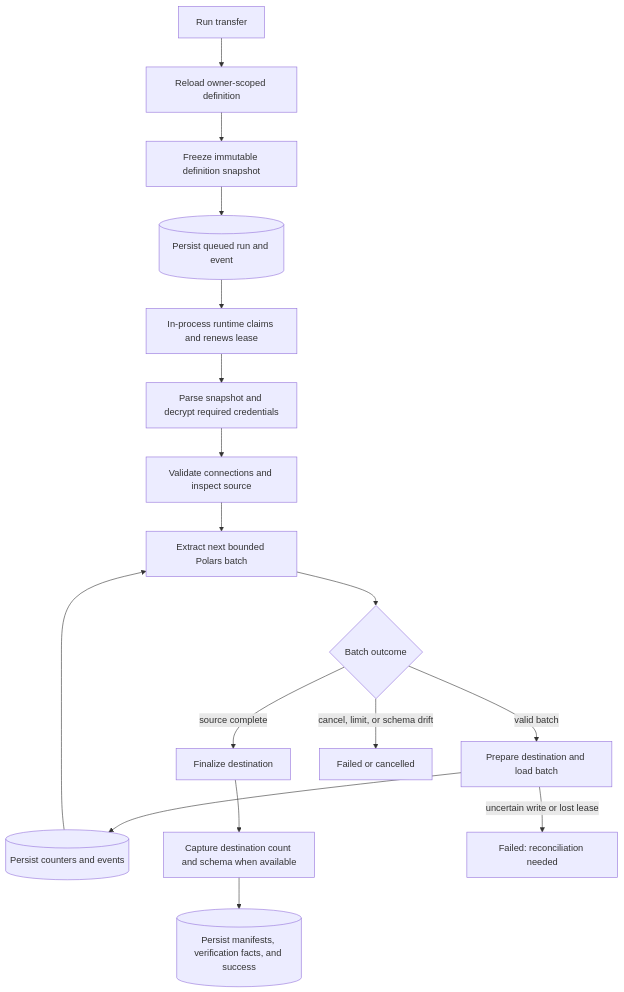
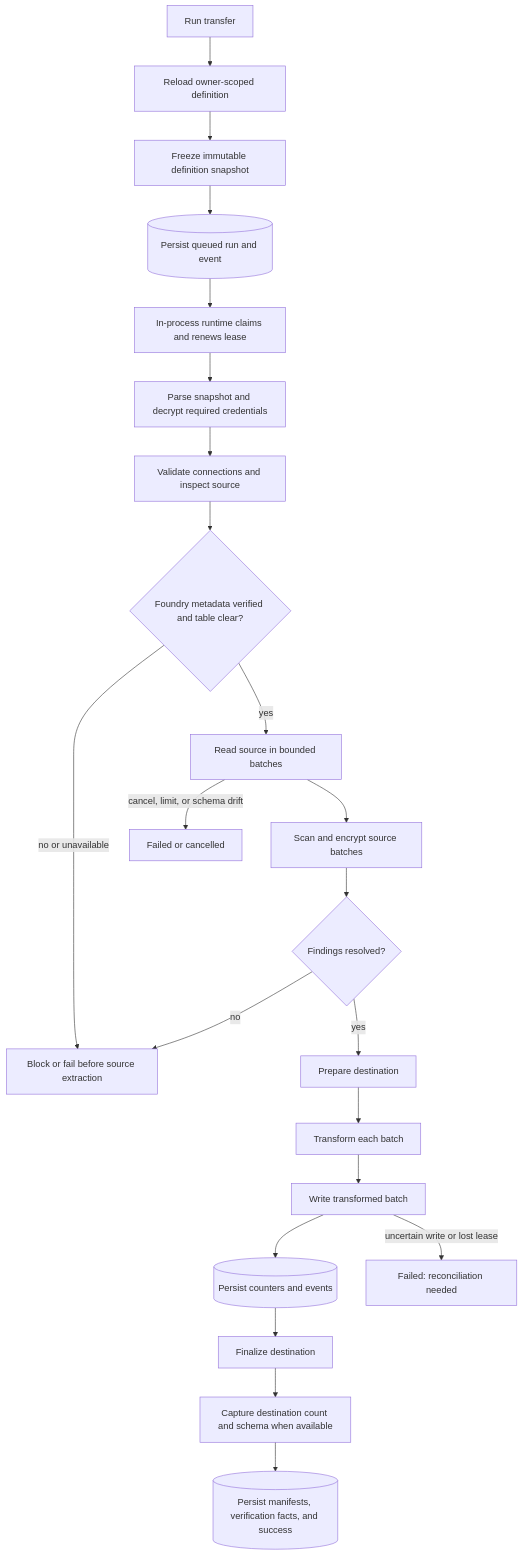
The third of 6 diagrams in docs/data-pipelines.md (eddiethedean/user-token-management-app), drawn with Mermaid before and after one commit. The commit also changed other lines of this file and 71 other files, not shown here.

````diff
--- a/docs/data-pipelines.md
+++ b/docs/data-pipelines.md
@@ -174,19 +177,24 @@
 ```mermaid
 flowchart TD
     R[Run transfer] --> O[Reload owner-scoped definition]
     O --> S[Freeze immutable definition snapshot]
     S --> Q[(Persist queued run and event)]
     Q --> L[In-process runtime claims and renews lease]
     L --> K[Parse snapshot and decrypt required credentials]
     K --> V[Validate connections and inspect source]
-    V --> X[Extract next bounded Polars batch]
-    X --> G{Batch outcome}
-    G -->|valid batch| D[Prepare destination and load batch]
-    D --> M[(Persist counters and events)]
-    M --> X
-    G -->|source complete| F[Finalize destination]
+    V --> G{Foundry metadata verified and table clear?}
+    G -->|no or unavailable| B[Block or fail before source extraction]
+    G -->|yes| X[Read source in bounded batches]
+    X --> H[Scan and encrypt source batches]
+    H --> I{Findings resolved?}
+    I -->|no| B
+    I -->|yes| D[Prepare destination]
+    D --> T[Transform each batch]
+    T --> W[Write transformed batch]
+    W --> M[(Persist counters and events)]
+    M --> F[Finalize destination]
     F --> C[Capture destination count and schema when available]
     C --> P[(Persist manifests, verification facts, and success)]
-    G -->|cancel, limit, or schema drift| E[Failed or cancelled]
-    D -->|uncertain write or lost lease| N[Failed: reconciliation needed]
+    X -->|cancel, limit, or schema drift| E[Failed or cancelled]
+    W -->|uncertain write or lost lease| N[Failed: reconciliation needed]
 ```
````
